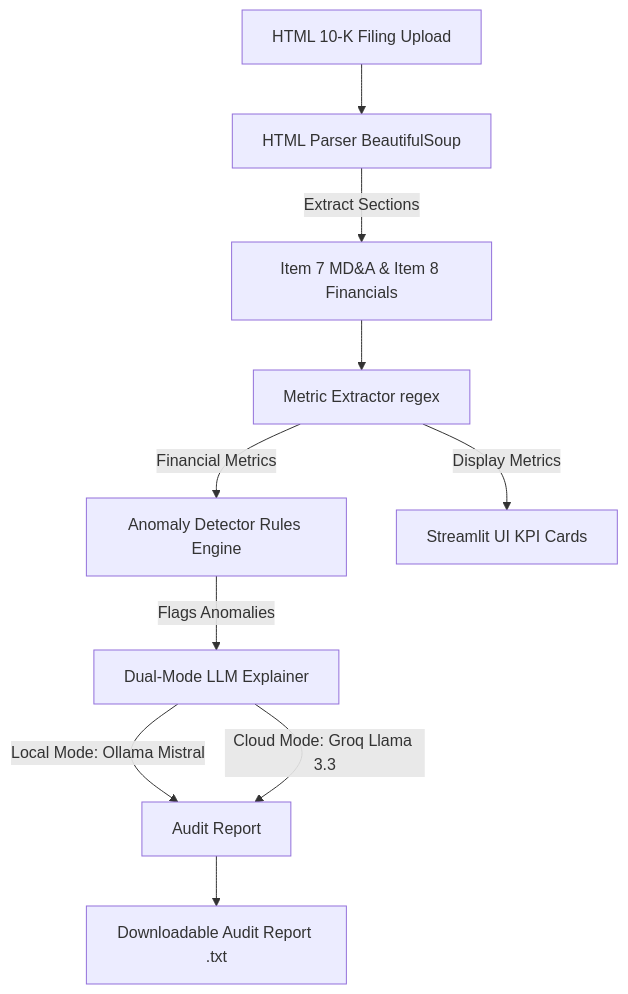
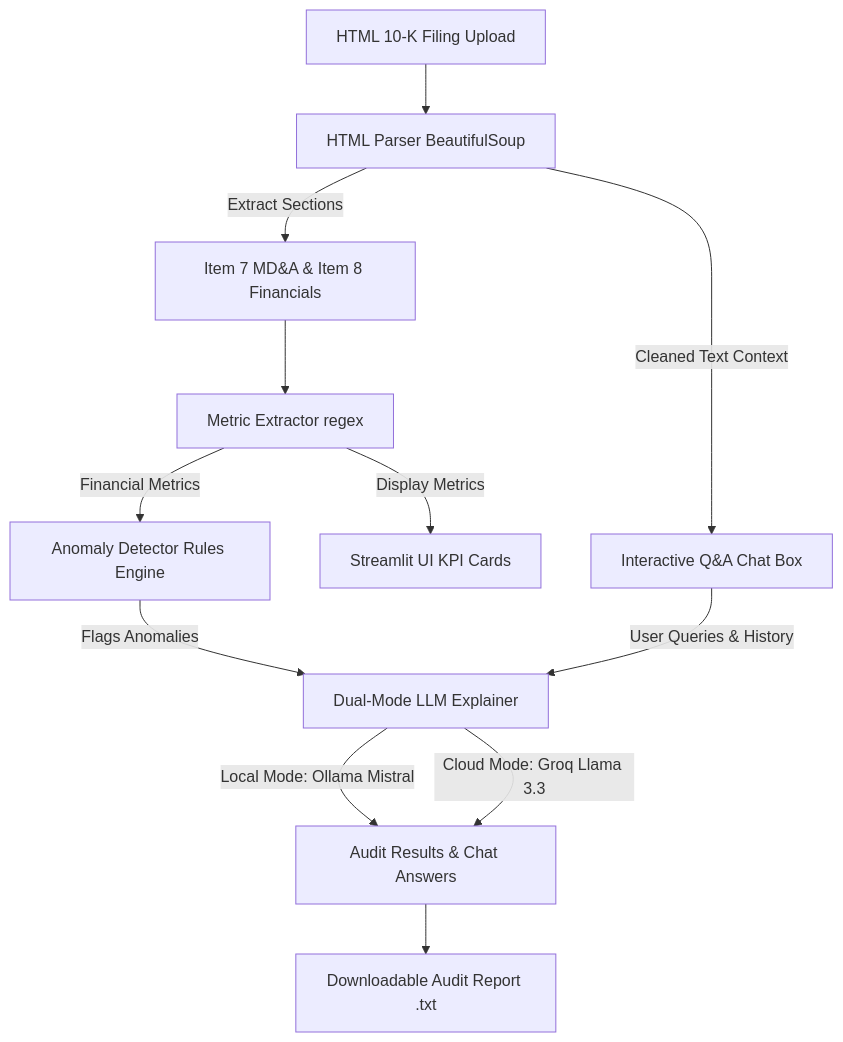
One commit to vickCoder7/llm_powered_financial_auditor changed the diagram in README.md. Above: the diagram before and after it, drawn with Mermaid. The commit also changed other lines of this file, not shown here.

Commit message:
Update README.md with interactive chat box features and new system flow diagram

````diff
--- a/README.md
+++ b/README.md
@@ -14,12 +14,14 @@
 ```mermaid
 graph TD
     A[HTML 10-K Filing Upload] --> B[HTML Parser BeautifulSoup]
     B -->|Extract Sections| C[Item 7 MD&A & Item 8 Financials]
     C --> D[Metric Extractor regex]
     D -->|Financial Metrics| E[Anomaly Detector Rules Engine]
     D -->|Display Metrics| H[Streamlit UI KPI Cards]
     E -->|Flags Anomalies| F[Dual-Mode LLM Explainer]
-    F -->|Local Mode: Ollama Mistral| G[Audit Report]
+    B -->|Cleaned Text Context| J[Interactive Q&A Chat Box]
+    J -->|User Queries & History| F
+    F -->|Local Mode: Ollama Mistral| G[Audit Results & Chat Answers]
     F -->|Cloud Mode: Groq Llama 3.3| G
     G --> I[Downloadable Audit Report .txt]
 ```
````
